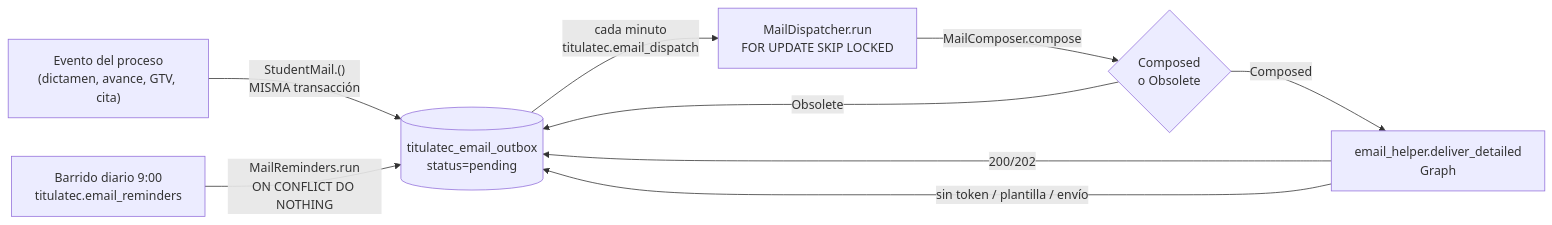
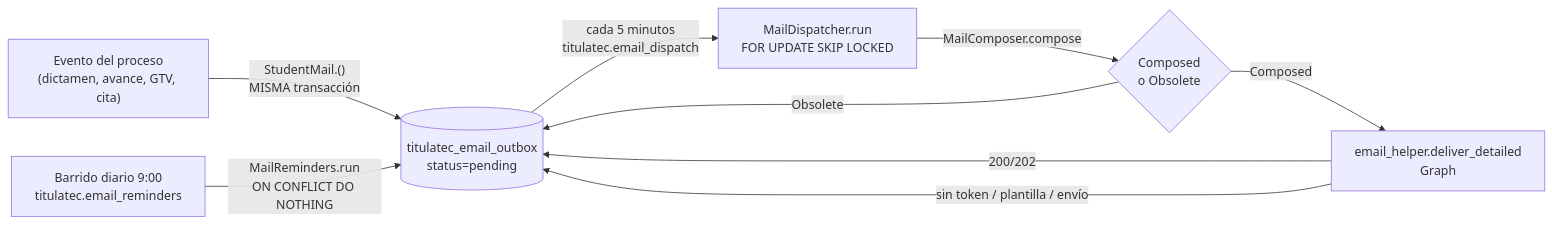
One commit to Erne1357/itcj changed the diagram in itcj2/apps/titulatec/docs/flows/xcut_student_email_notifications.md. Above: the diagram before and after it, drawn with Mermaid. The commit also changed other lines of this file and 10 other files, not shown here.

First line of the commit message:
fix(titulatec): el despacho de correos corre cada 5 minutos

````diff
--- a/itcj2/apps/titulatec/docs/flows/xcut_student_email_notifications.md
+++ b/itcj2/apps/titulatec/docs/flows/xcut_student_email_notifications.md
@@ -25,11 +25,11 @@
 ```mermaid
 flowchart LR
   E["Evento del proceso\n(dictamen, avance, GTV, cita)"] -->|"StudentMail.<evento>()\nMISMA transacción"| O[("titulatec_email_outbox\nstatus=pending")]
   R["Barrido diario 9:00\ntitulatec.email_reminders"] -->|"MailReminders.run\nON CONFLICT DO NOTHING"| O
-  O -->|"cada minuto\ntitulatec.email_dispatch"| D["MailDispatcher.run\nFOR UPDATE SKIP LOCKED"]
+  O -->|"cada 5 minutos\ntitulatec.email_dispatch"| D["MailDispatcher.run\nFOR UPDATE SKIP LOCKED"]
   D -->|"MailComposer.compose"| C{"Composed\no Obsolete"}
   C -->|Composed| G["email_helper.deliver_detailed\nGraph"]
   C -->|Obsolete| O
   G -->|"200/202"| O
   G -->|"sin token / plantilla / envío"| O
 ```
````
